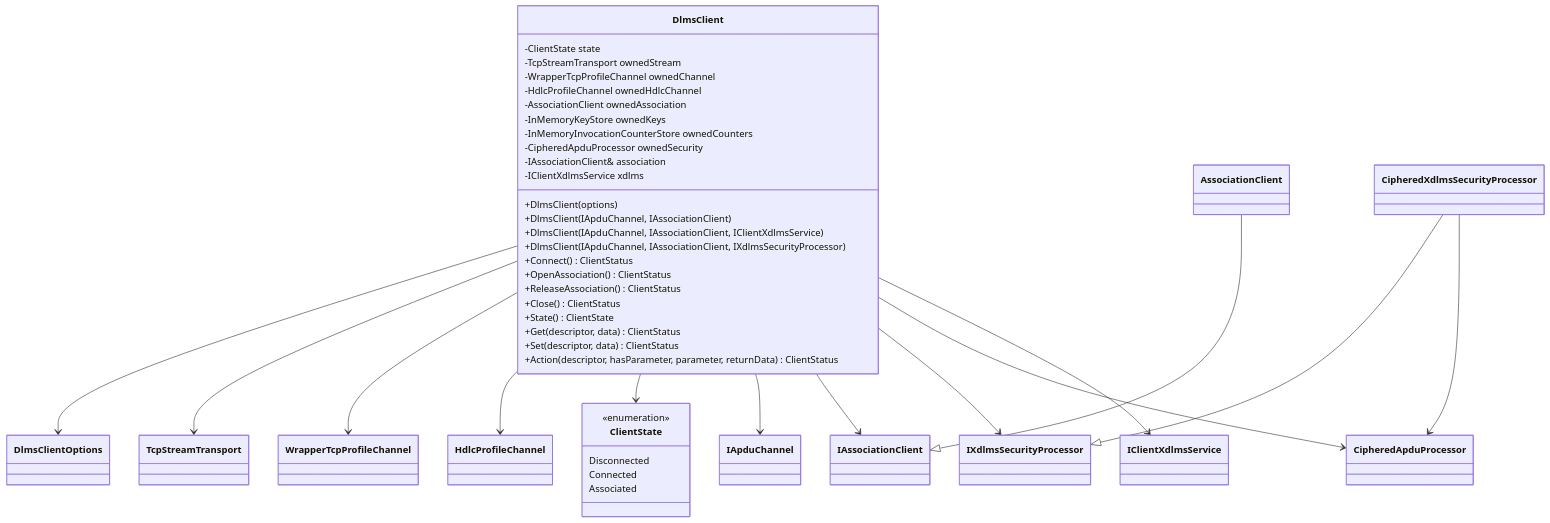
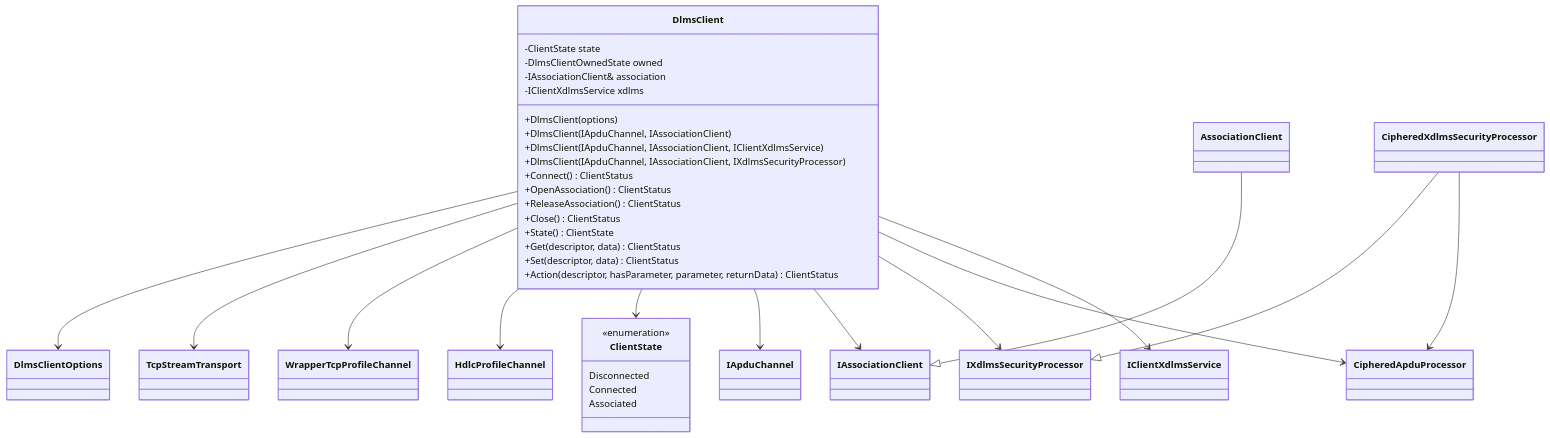
Before and after one commit to gvtret/dlms: the third of 8 diagrams in lib/dlms-client/docs/02_client_architecture.md, drawn with Mermaid. The commit also changed other lines of this file and 2 other files, not shown here.

Commit message:
refactor: hide client default composition state
Move the option-owned DlmsClient transport, profile, association, HLS, and
security defaults behind private implementation state in client.cpp.

This keeps the public facade API source-compatible while avoiding public header
dependencies on concrete default transport and security-storage implementation
types.

````diff
--- a/lib/dlms-client/docs/02_client_architecture.md
+++ b/lib/dlms-client/docs/02_client_architecture.md
@@ -73,60 +73,54 @@
 ```mermaid
 classDiagram
   class DlmsClient {
     -ClientState state
-    -TcpStreamTransport ownedStream
-    -WrapperTcpProfileChannel ownedChannel
-    -HdlcProfileChannel ownedHdlcChannel
-    -AssociationClient ownedAssociation
-    -InMemoryKeyStore ownedKeys
-    -InMemoryInvocationCounterStore ownedCounters
-    -CipheredApduProcessor ownedSecurity
+    -DlmsClientOwnedState owned
     -IAssociationClient& association
     -IClientXdlmsService xdlms
     +DlmsClient(options)
     +DlmsClient(IApduChannel, IAssociationClient)
     +DlmsClient(IApduChannel, IAssociationClient, IClientXdlmsService)
     +DlmsClient(IApduChannel, IAssociationClient, IXdlmsSecurityProcessor)
     +Connect() ClientStatus
     +OpenAssociation() ClientStatus
     +ReleaseAssociation() ClientStatus
     +Close() ClientStatus
     +State() ClientState
     +Get(descriptor, data) ClientStatus
     +Set(descriptor, data) ClientStatus
     +Action(descriptor, hasParameter, parameter, returnData) ClientStatus
   }
 
   class ClientState {
     <<enumeration>>
     Disconnected
     Connected
     Associated
   }
 
   class DlmsClientOptions
   class TcpStreamTransport
   class WrapperTcpProfileChannel
   class HdlcProfileChannel
   class IApduChannel
   class IAssociationClient
   class AssociationClient
   class IXdlmsSecurityProcessor
   class CipheredXdlmsSecurityProcessor
   class CipheredApduProcessor
   class IClientXdlmsService
 
   DlmsClient --> DlmsClientOptions
   DlmsClient --> TcpStreamTransport
   DlmsClient --> WrapperTcpProfileChannel
   DlmsClient --> HdlcProfileChannel
   DlmsClient --> ClientState
   DlmsClient --> IApduChannel
   DlmsClient --> IAssociationClient
   AssociationClient --|> IAssociationClient
   DlmsClient --> IXdlmsSecurityProcessor
   CipheredXdlmsSecurityProcessor --|> IXdlmsSecurityProcessor
   CipheredXdlmsSecurityProcessor --> CipheredApduProcessor
   DlmsClient --> CipheredApduProcessor
   DlmsClient --> IClientXdlmsService
 ```
````
